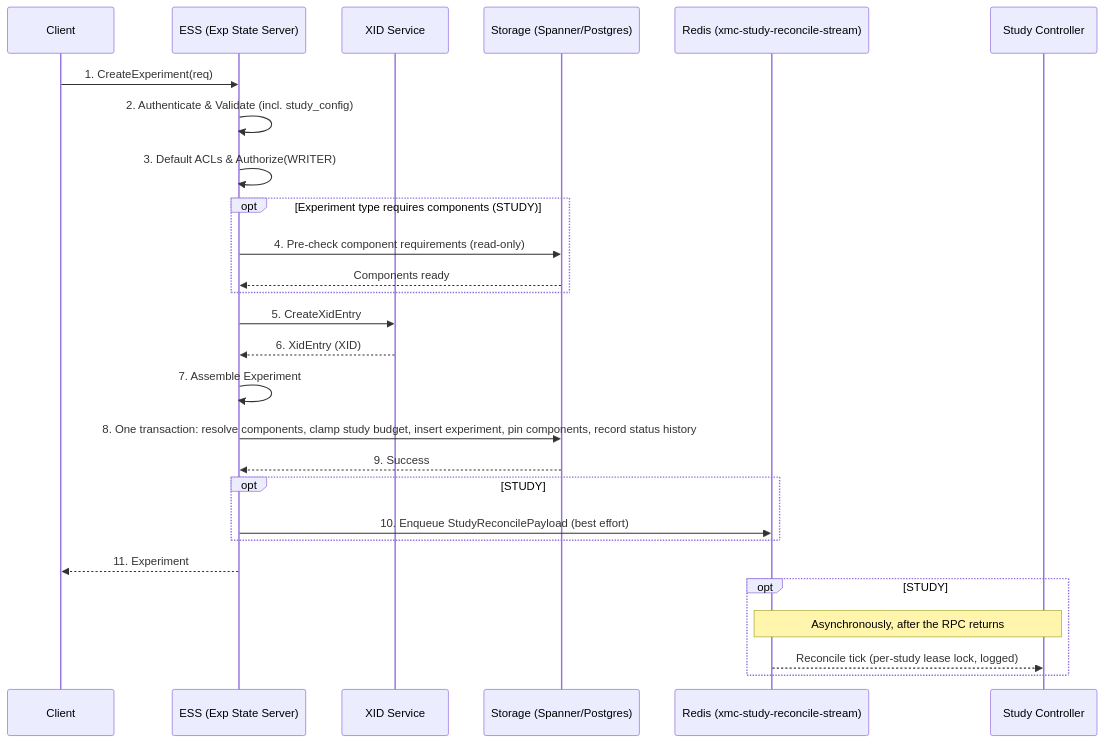
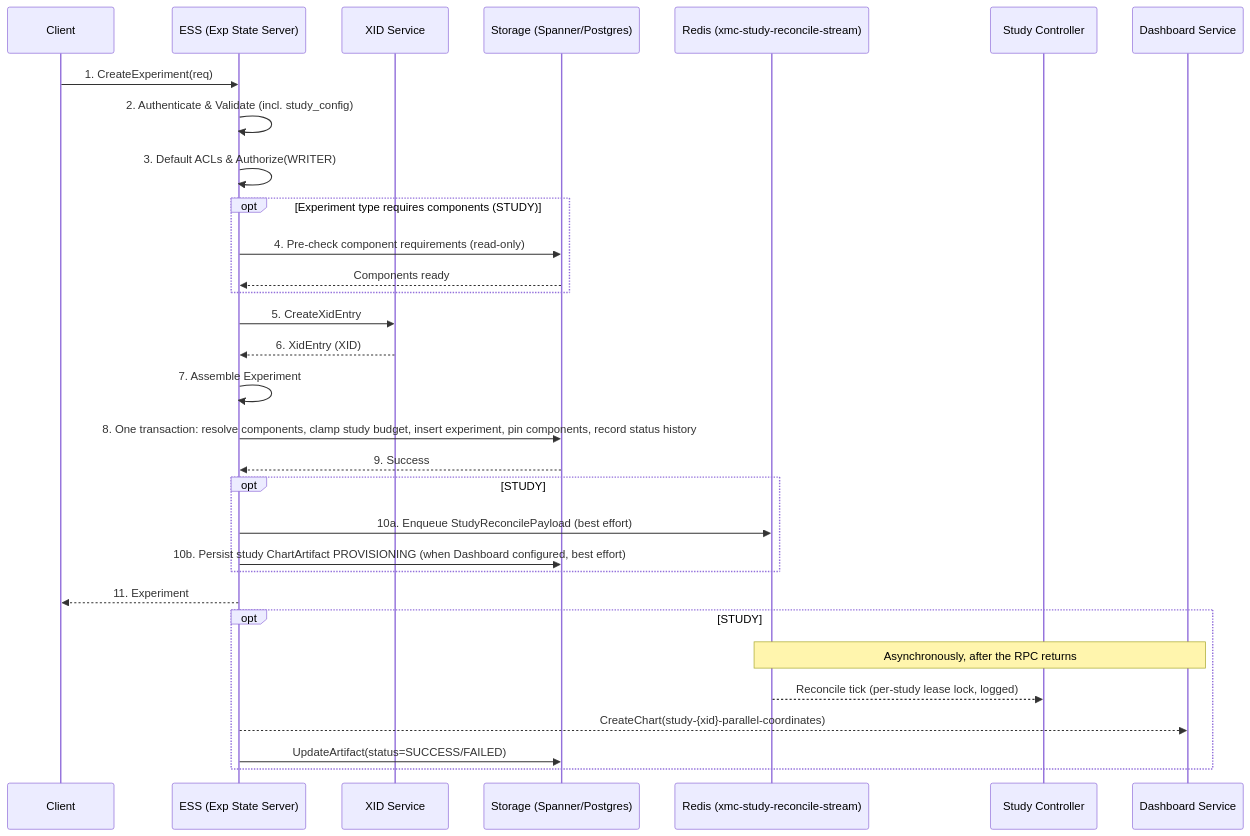
Before and after one commit to google/xmc: the first of 4 diagrams in docs/flows/experiment_lifecycle.md, drawn with Mermaid. The commit also changed other lines of this file and 22 other files, not shown here.

First line of the commit message:
feat(ess): provision study parallel-coordinates chart on STUDY creation

````diff
--- a/docs/flows/experiment_lifecycle.md
+++ b/docs/flows/experiment_lifecycle.md
@@ -14,30 +14,34 @@
 ```mermaid
 sequenceDiagram
     participant Client
     participant ESS as ESS (Exp State Server)
     participant XID as XID Service
     participant Storage as Storage (Spanner/Postgres)
     participant Redis as Redis (xmc-study-reconcile-stream)
     participant SC as Study Controller
+    participant DS as Dashboard Service
 
     Client->>ESS: 1. CreateExperiment(req)
     ESS->>ESS: 2. Authenticate & Validate (incl. study_config)
     ESS->>ESS: 3. Default ACLs & Authorize(WRITER)
     opt Experiment type requires components (STUDY)
         ESS->>Storage: 4. Pre-check component requirements (read-only)
         Storage-->>ESS: Components ready
     end
     ESS->>XID: 5. CreateXidEntry
     XID-->>ESS: 6. XidEntry (XID)
     ESS->>ESS: 7. Assemble Experiment
     ESS->>Storage: 8. One transaction: resolve components, clamp study budget, insert experiment, pin components, record status history
     Storage-->>ESS: 9. Success
     opt STUDY
-        ESS->>Redis: 10. Enqueue StudyReconcilePayload (best effort)
+        ESS->>Redis: 10a. Enqueue StudyReconcilePayload (best effort)
+        ESS->>Storage: 10b. Persist study ChartArtifact PROVISIONING (when Dashboard configured, best effort)
     end
     ESS-->>Client: 11. Experiment
     opt STUDY
-        Note over Redis,SC: Asynchronously, after the RPC returns
+        Note over Redis,DS: Asynchronously, after the RPC returns
         Redis-->>SC: Reconcile tick (per-study lease lock, logged)
+        ESS-->>DS: CreateChart(study-{xid}-parallel-coordinates)
+        ESS->>Storage: UpdateArtifact(status=SUCCESS/FAILED)
     end
 ```
````
